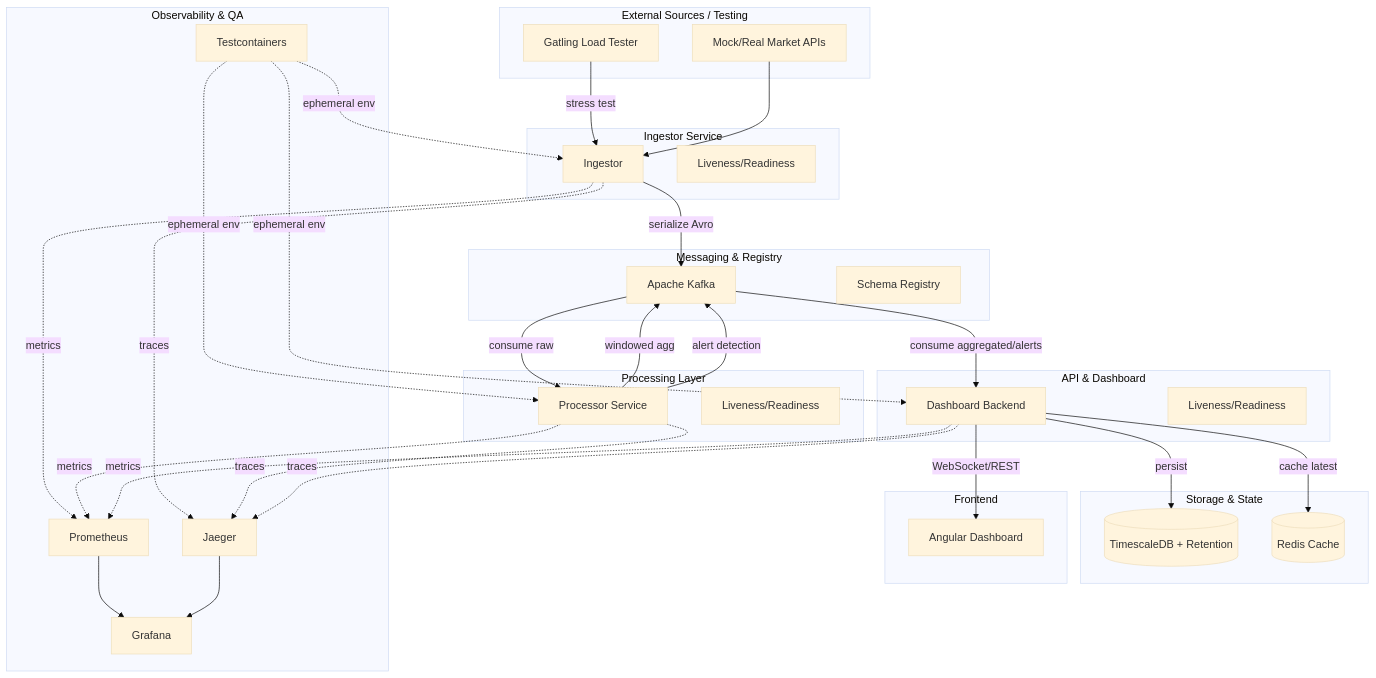
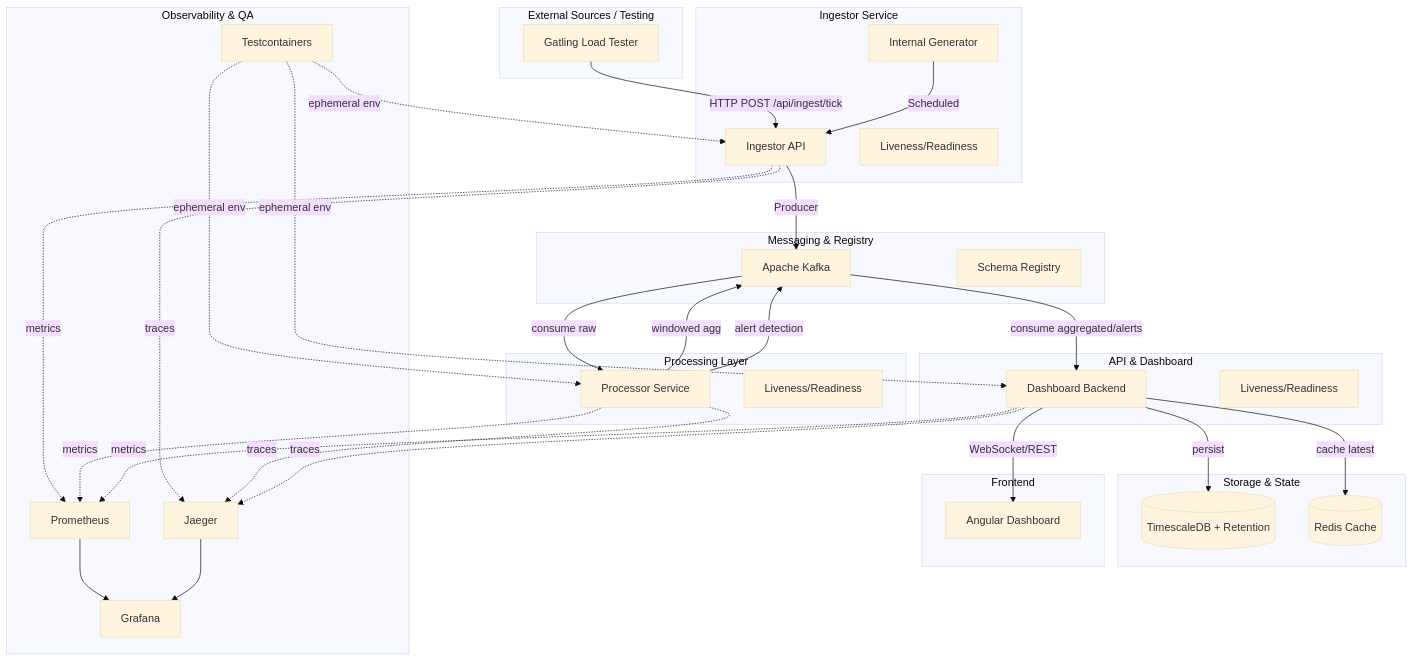
Before and after one commit to dawidbera/market-data-pipeline: the first of 2 diagrams in README.md, drawn with Mermaid (base theme). The commit also changed other lines of this file and 3 other files, not shown here.

Commit message:
docs: update documentation and diagrams for load testing

````diff
--- a/README.md
+++ b/README.md
@@ -17,60 +17,60 @@
 ```mermaid
 graph TD
     subgraph "External Sources / Testing"
-        APIs[Mock/Real Market APIs]
         GAT[Gatling Load Tester]
     end
 
     subgraph "Ingestor Service"
-        IS[Ingestor]
+        IS[Ingestor API]
+        IG[Internal Generator]
         IS_H[Liveness/Readiness]
     end
 
     subgraph "Messaging & Registry"
         K[Apache Kafka]
         SR[Schema Registry]
     end
 
     subgraph "Processing Layer"
         PS[Processor Service]
         PS_H[Liveness/Readiness]
         PS -- windowed agg --> K
         PS -- alert detection --> K
     end
 
     subgraph "Storage & State"
         DB[(TimescaleDB + Retention)]
         R[(Redis Cache)]
     end
 
     subgraph "API & Dashboard"
         DS[Dashboard Backend]
         DS_H[Liveness/Readiness]
     end
 
     subgraph "Frontend"
         FE[Angular Dashboard]
     end
 
     subgraph "Observability & QA"
         PROM[Prometheus]
         GRAF[Grafana]
         JAEG[Jaeger]
         TC[Testcontainers]
     end
 
-    GAT -- stress test --> IS
-    APIs --> IS
-    IS -- serialize Avro --> K
+    GAT -- HTTP POST /api/ingest/tick --> IS
+    IG -- Scheduled --> IS
+    IS -- Producer --> K
     K -- consume raw --> PS
     K -- consume aggregated/alerts --> DS
     DS -- persist --> DB
     DS -- cache latest --> R
     DS -- WebSocket/REST --> FE
 
     %% Observability & Health
     IS & PS & DS -. metrics .-> PROM
     IS & PS & DS -. traces .-> JAEG
     PROM & JAEG --> GRAF
     TC -. ephemeral env .-> IS & PS & DS
 ```
````
